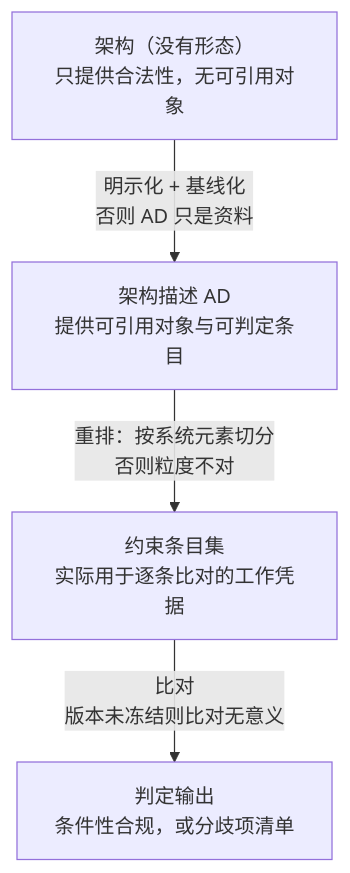
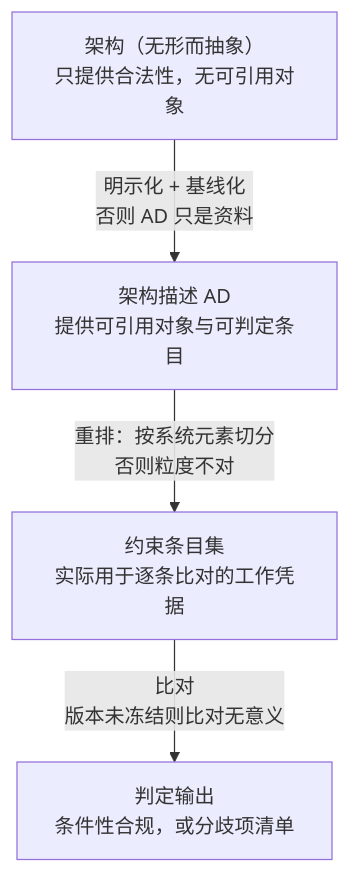
One commit to Yongjunzhou/AOS-system-design changed diagram 11 of 15 in 100-subprojects/01-系统工程研究/00-系统工程相关研究报告/24-架构与设计边界研究报告-从定义辨析到架构视角与架构视图.md. Above: the diagram before and after it, drawn with Mermaid. The commit also changed other lines of this file and 45 other files, not shown here.

````diff
--- a/100-subprojects/01-系统工程研究/00-系统工程相关研究报告/24-架构与设计边界研究报告-从定义辨析到架构视角与架构视图.md
+++ b/100-subprojects/01-系统工程研究/00-系统工程相关研究报告/24-架构与设计边界研究报告-从定义辨析到架构视角与架构视图.md
@@ -680,10 +682,10 @@
 ```mermaid
 flowchart TD
-    L1["架构（没有形态）<br/>只提供合法性，无可引用对象"]
+    L1["架构（无形而抽象）<br/>只提供合法性，无可引用对象"]
     L2["架构描述 AD<br/>提供可引用对象与可判定条目"]
     L3["约束条目集<br/>实际用于逐条比对的工作凭据"]
     L4["判定输出<br/>条件性合规，或分歧项清单"]
     L1 -->|"明示化 + 基线化<br/>否则 AD 只是资料"| L2
     L2 -->|"重排：按系统元素切分<br/>否则粒度不对"| L3
     L3 -->|"比对<br/>版本未冻结则比对无意义"| L4
 ```
````
